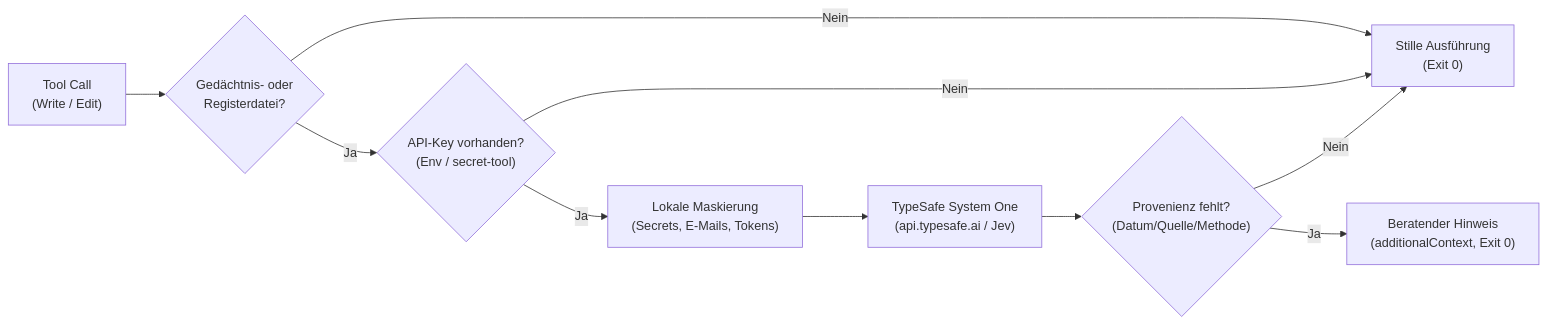
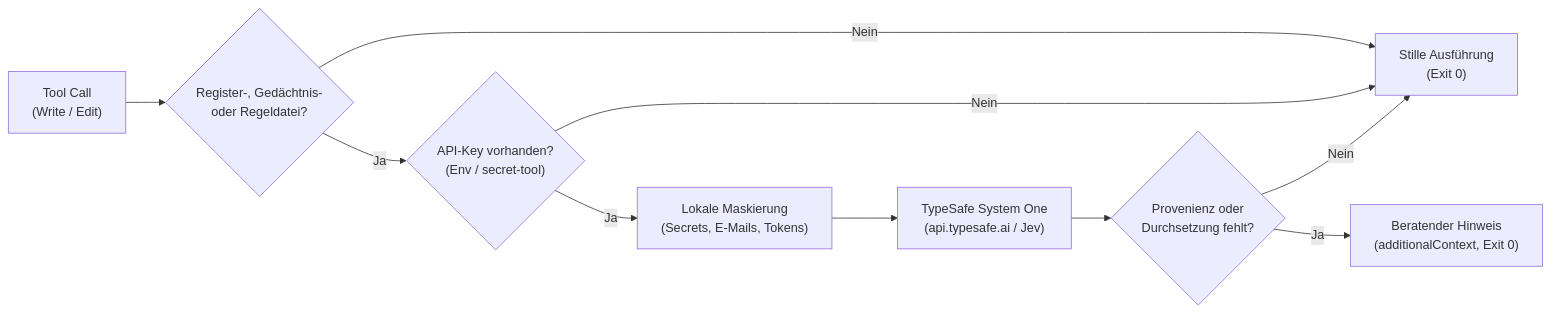
The second of 2 diagrams in README.md (mankind806/imprint-core), drawn with Mermaid before and after one commit. The commit also changed other lines of this file and 2 other files, not shown here.

````diff
--- a/README.md
+++ b/README.md
@@ -152,12 +152,12 @@
 ```mermaid
 flowchart LR
-    A["Tool Call<br/>(Write / Edit)"] --> B{"Gedächtnis- oder<br/>Registerdatei?"}
+    A["Tool Call<br/>(Write / Edit)"] --> B{"Register-, Gedächtnis-<br/>oder Regeldatei?"}
     B -- Nein --> C["Stille Ausführung<br/>(Exit 0)"]
     B -- Ja --> D{"API-Key vorhanden?<br/>(Env / secret-tool)"}
     D -- Nein --> C
     D -- Ja --> E["Lokale Maskierung<br/>(Secrets, E-Mails, Tokens)"]
     E --> F["TypeSafe System One<br/>(api.typesafe.ai / Jev)"]
-    F --> G{"Provenienz fehlt?<br/>(Datum/Quelle/Methode)"}
+    F --> G{"Provenienz oder<br/>Durchsetzung fehlt?"}
     G -- Nein --> C
     G -- Ja --> H["Beratender Hinweis<br/>(additionalContext, Exit 0)"]
 ```
````
